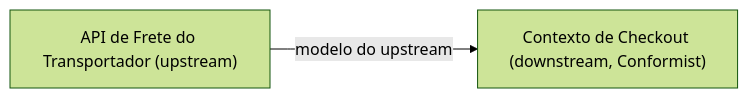
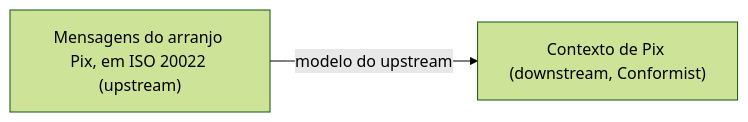
Before and after one commit to alancesar/design-patterns: the diagram in docs/design/ddd/context-mapping/conformist.md, drawn with Mermaid (forest theme). The commit also changed other lines of this file and 67 other files, not shown here.

First line of the commit message:
Switch DDD examples and diagrams to fintech scenarios

````diff
--- a/docs/design/ddd/context-mapping/conformist.md
+++ b/docs/design/ddd/context-mapping/conformist.md
@@ -54,4 +54,4 @@
 ```mermaid
 flowchart LR
-    U["API de Frete do Transportador (upstream)"] -->|"modelo do upstream"| D["Contexto de Checkout (downstream, Conformist)"]
+    U["Mensagens do arranjo Pix, em ISO 20022 (upstream)"] -->|"modelo do upstream"| D["Contexto de Pix (downstream, Conformist)"]
 ```
````
